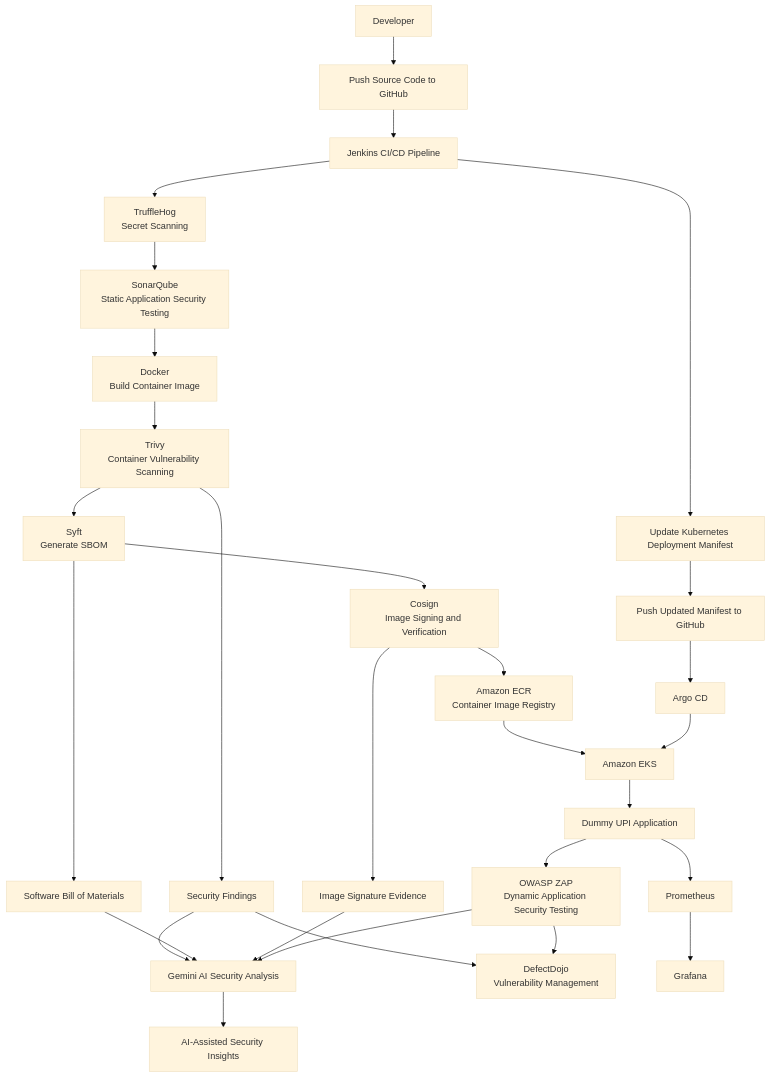
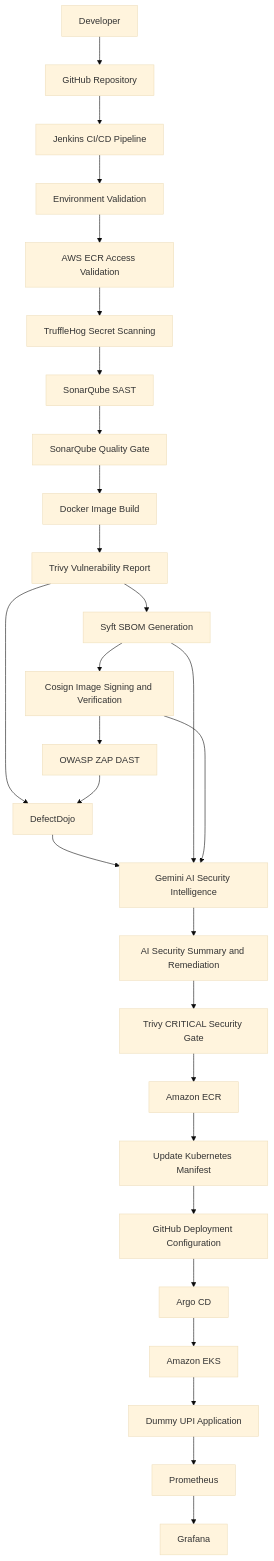
One commit to yashparthe45/autonomous-devsecops-engine changed the first of 6 diagrams in README.md. Above: the diagram before and after it, drawn with Mermaid (base theme). The commit also changed other lines of this file, not shown here.

````diff
--- a/README.md
+++ b/README.md
@@ -97,39 +174,41 @@
 ```mermaid
 flowchart TD
-    A[Developer] --> B[Push Source Code to GitHub]
+    A[Developer] --> B[GitHub Repository]
     B --> C[Jenkins CI/CD Pipeline]
 
-    C --> D[TruffleHog<br/>Secret Scanning]
-    D --> E[SonarQube<br/>Static Application Security Testing]
-    E --> F[Docker<br/>Build Container Image]
-    F --> G[Trivy<br/>Container Vulnerability Scanning]
-    G --> H[Syft<br/>Generate SBOM]
-    H --> I[Cosign<br/>Image Signing and Verification]
+    C --> D[Environment Validation]
+    D --> E[AWS ECR Access Validation]
 
-    G --> J[Security Findings]
-    H --> K[Software Bill of Materials]
-    I --> L[Image Signature Evidence]
+    E --> F[TruffleHog Secret Scanning]
+    F --> G[SonarQube SAST]
+    G --> H[SonarQube Quality Gate]
 
-    J --> M[Gemini AI Security Analysis]
-    K --> M
-    L --> M
+    H --> I[Docker Image Build]
+    I --> J[Trivy Vulnerability Report]
 
-    J --> N[DefectDojo<br/>Vulnerability Management]
-    M --> O[AI-Assisted Security Insights]
+    J --> K[Syft SBOM Generation]
+    K --> L[Cosign Image Signing and Verification]
 
-    I --> P[Amazon ECR<br/>Container Image Registry]
-    P --> Q[Amazon EKS]
-    Q --> R[Dummy UPI Application]
+    L --> M[OWASP ZAP DAST]
 
-    R --> S[OWASP ZAP<br/>Dynamic Application Security Testing]
-    S --> N
-    S --> M
+    J --> N[DefectDojo]
+    M --> N
 
-    C --> T[Update Kubernetes Deployment Manifest]
-    T --> U[Push Updated Manifest to GitHub]
-    U --> V[Argo CD]
-    V --> Q
+    N --> O[Gemini AI Security Intelligence]
+    K --> O
+    L --> O
 
-    R --> W[Prometheus]
-    W --> X[Grafana]
+    O --> P[AI Security Summary and Remediation]
+
+    P --> Q[Trivy CRITICAL Security Gate]
+    Q --> R[Amazon ECR]
+
+    R --> S[Update Kubernetes Manifest]
+    S --> T[GitHub Deployment Configuration]
+    T --> U[Argo CD]
+    U --> V[Amazon EKS]
+
+    V --> W[Dummy UPI Application]
+    W --> X[Prometheus]
+    X --> Y[Grafana]
 ```
````
